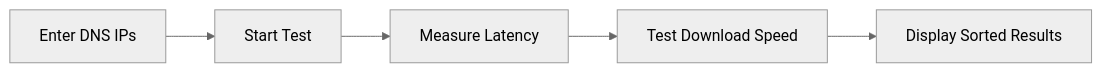
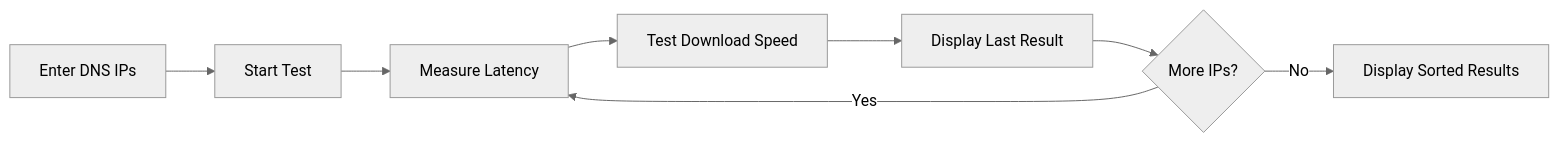
One commit to SoroushMB/DNS-Master changed the diagram in README.md. Above: the diagram before and after it, drawn with Mermaid (neutral theme). The commit also changed other lines of this file and 9 other files, not shown here.

````diff
--- a/README.md
+++ b/README.md
@@ -88,7 +107,10 @@
 ```mermaid
 graph LR
     A[Enter DNS IPs] --> B[Start Test]
     B --> C[Measure Latency]
     C --> D[Test Download Speed]
-    D --> E[Display Sorted Results]
+    D --> E[Display Last Result]
+    E --> F{More IPs?}
+    F -- Yes --> C
+    F -- No --> G[Display Sorted Results]
 ```
````
